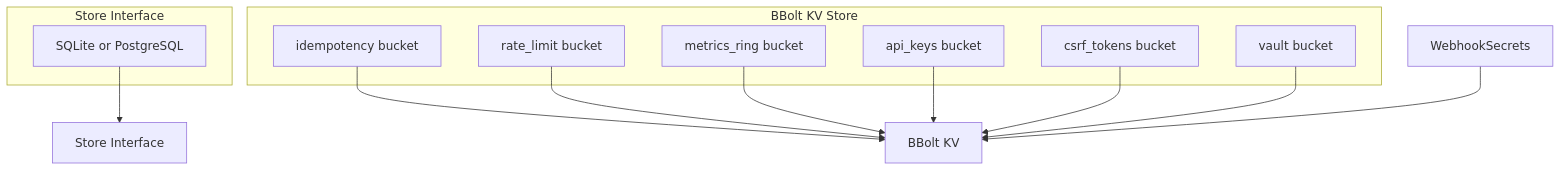
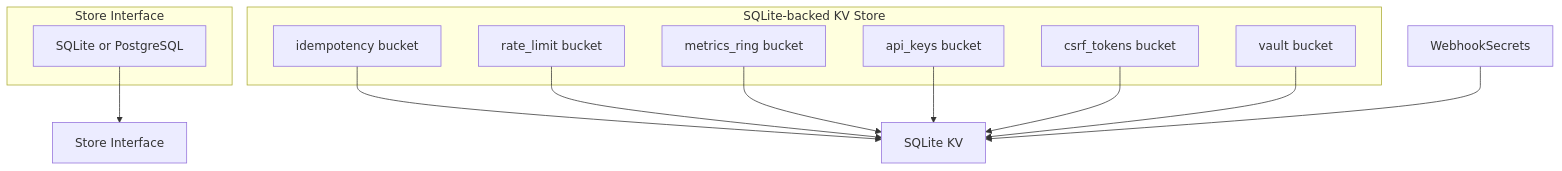
Before and after one commit to deploy-monster/deploy-monster: the fifth of 11 diagrams in ARCHITECTURE.md, drawn with Mermaid. The commit also changed other lines of this file and 27 other files, not shown here.

Commit message:
refactor(db): replace bbolt kv with sqlite

````diff
--- a/ARCHITECTURE.md
+++ b/ARCHITECTURE.md
@@ -570,24 +570,24 @@
 ```mermaid
 graph TB
     subgraph "Store Interface"
         SQL["SQLite or PostgreSQL"]
     end
     
-    subgraph "BBolt KV Store"
+    subgraph "SQLite-backed KV Store"
         Idempotency["idempotency bucket"]
         RateLimit["rate_limit bucket"]
         Metrics["metrics_ring bucket"]
         APIKeys["api_keys bucket"]
         CSRF["csrf_tokens bucket"]
         Vault["vault bucket"]
     end
     
     SQL --> Store["Store Interface"]
-    Idempotency --> BBolt["BBolt KV"]
-    RateLimit --> BBolt
-    Metrics --> BBolt
-    APIKeys --> BBolt
-    CSRF --> BBolt
-    Vault --> BBolt
-    WebhookSecrets --> BBolt
+    Idempotency --> KV["SQLite KV"]
+    RateLimit --> KV
+    Metrics --> KV
+    APIKeys --> KV
+    CSRF --> KV
+    Vault --> KV
+    WebhookSecrets --> KV
 ```
````
